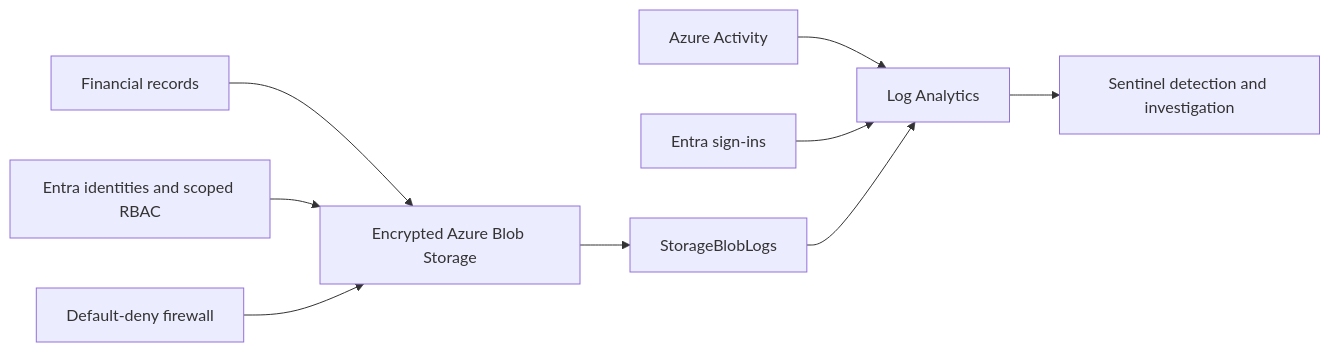
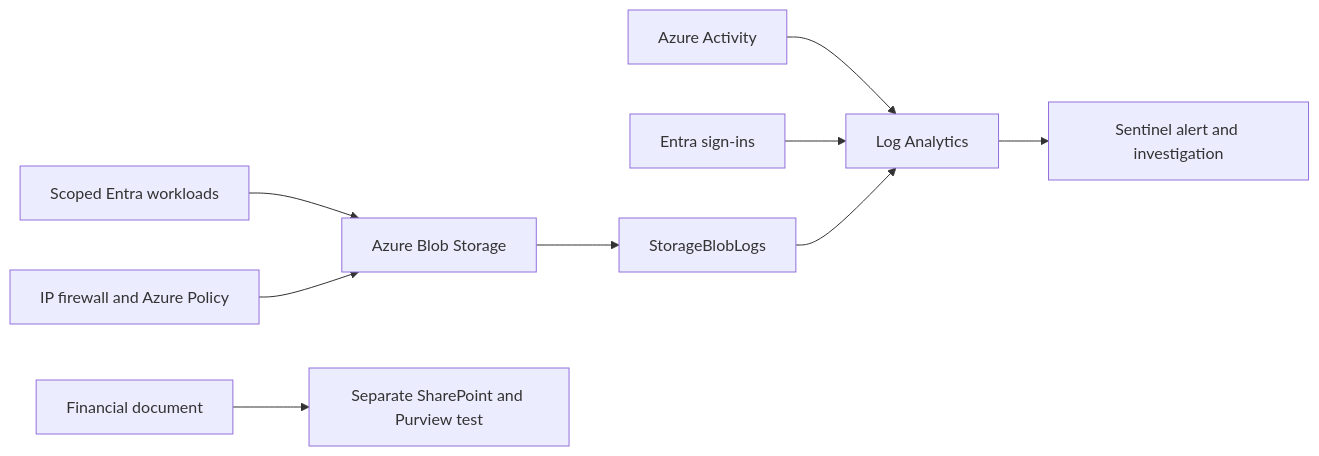
Before and after one commit to oasunsec/azure-data-exfiltration-defense-lab: the diagram in README.md, drawn with Mermaid. The commit also changed other lines of this file and 16 other files, not shown here.

````diff
--- a/README.md
+++ b/README.md
@@ -7,11 +9,11 @@
 ```mermaid
 flowchart LR
-  F[Financial records] --> S[Encrypted Azure Blob Storage]
-  I[Entra identities and scoped RBAC] --> S
-  N[Default-deny firewall] --> S
+  I[Scoped Entra workloads] --> S[Azure Blob Storage]
+  N[IP firewall and Azure Policy] --> S
   S --> L[StorageBlobLogs]
   A[Azure Activity] --> W[Log Analytics]
   E[Entra sign-ins] --> W
   L --> W
-  W --> Q[Sentinel detection and investigation]
+  W --> Q[Sentinel alert and investigation]
+  F[Financial document] --> P[Separate SharePoint and Purview test]
 ```
````
